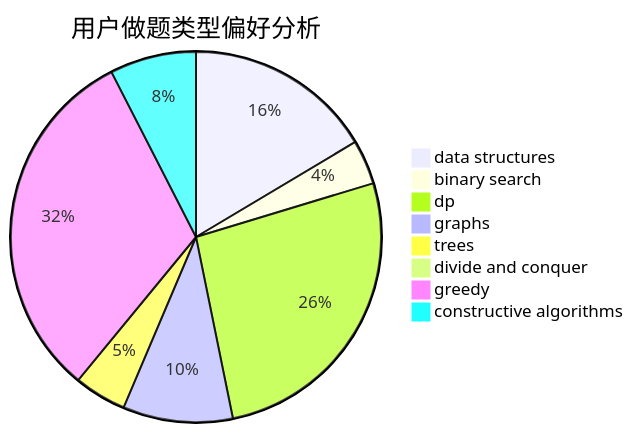
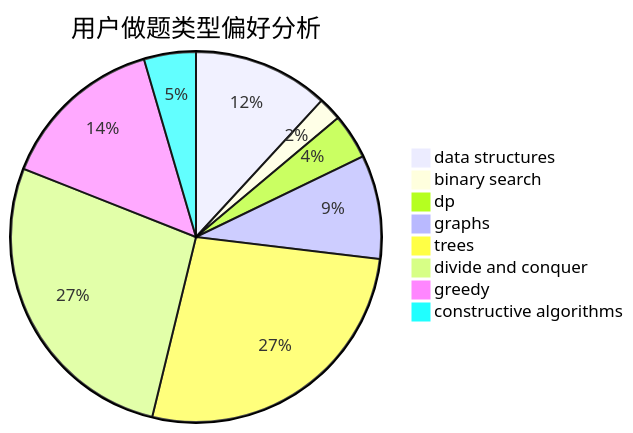
Before and after one commit to sherpahu/cfrs.github.io: the second of 3 diagrams in docs/user/u1426.md, drawn with Mermaid. The commit also changed other lines of this file and 2770 other files, not shown here.

````diff
--- a/docs/user/u1426.md
+++ b/docs/user/u1426.md
@@ -23,11 +23,11 @@
 ```mermaid
 pie title 用户做题类型偏好分析
-    "data structures" :  72
-    "binary search" :  17
-    "dp" :  116
-    "graphs" :  42
-    "trees" :  20
-    "divide and conquer" :  0
-    "greedy" :  138
-    "constructive algorithms" :  33
+    "data structures" :  81
+    "binary search" :  14
+    "dp" :  27
+    "graphs" :  62
+    "trees" :  184
+    "divide and conquer" :  186
+    "greedy" :  99
+    "constructive algorithms" :  31
 ```
````
